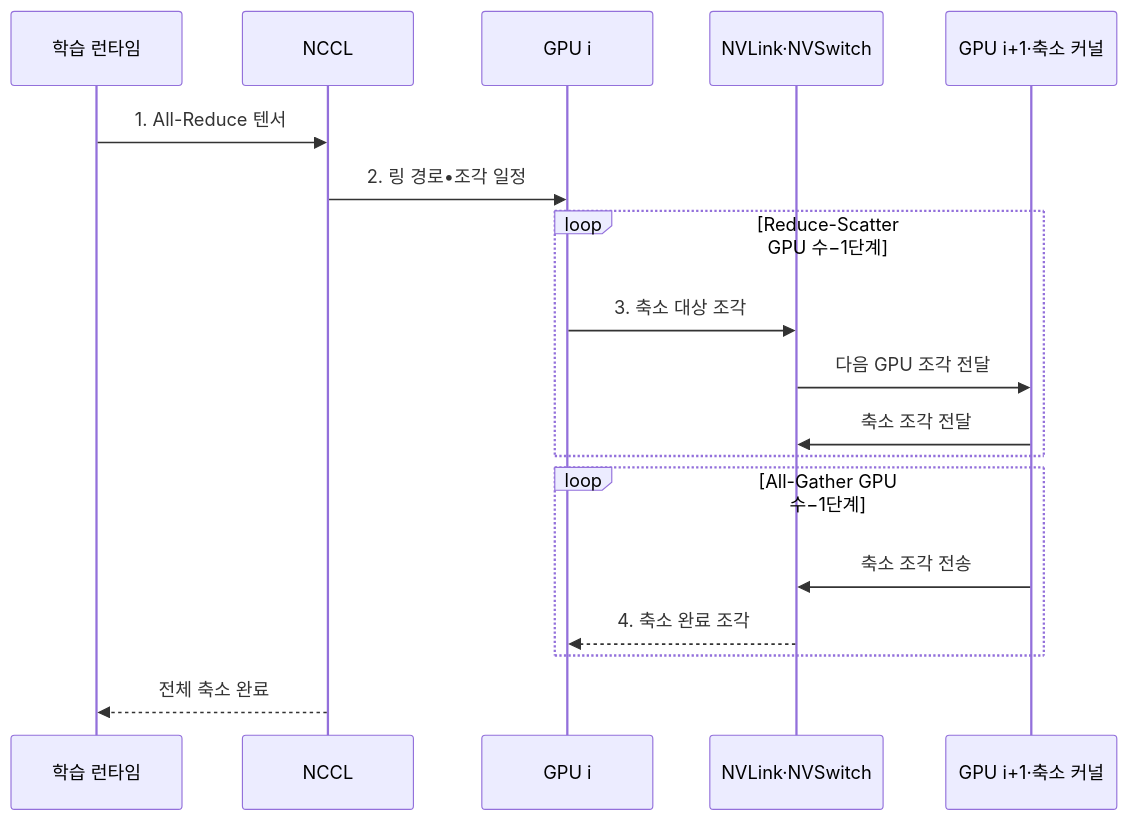
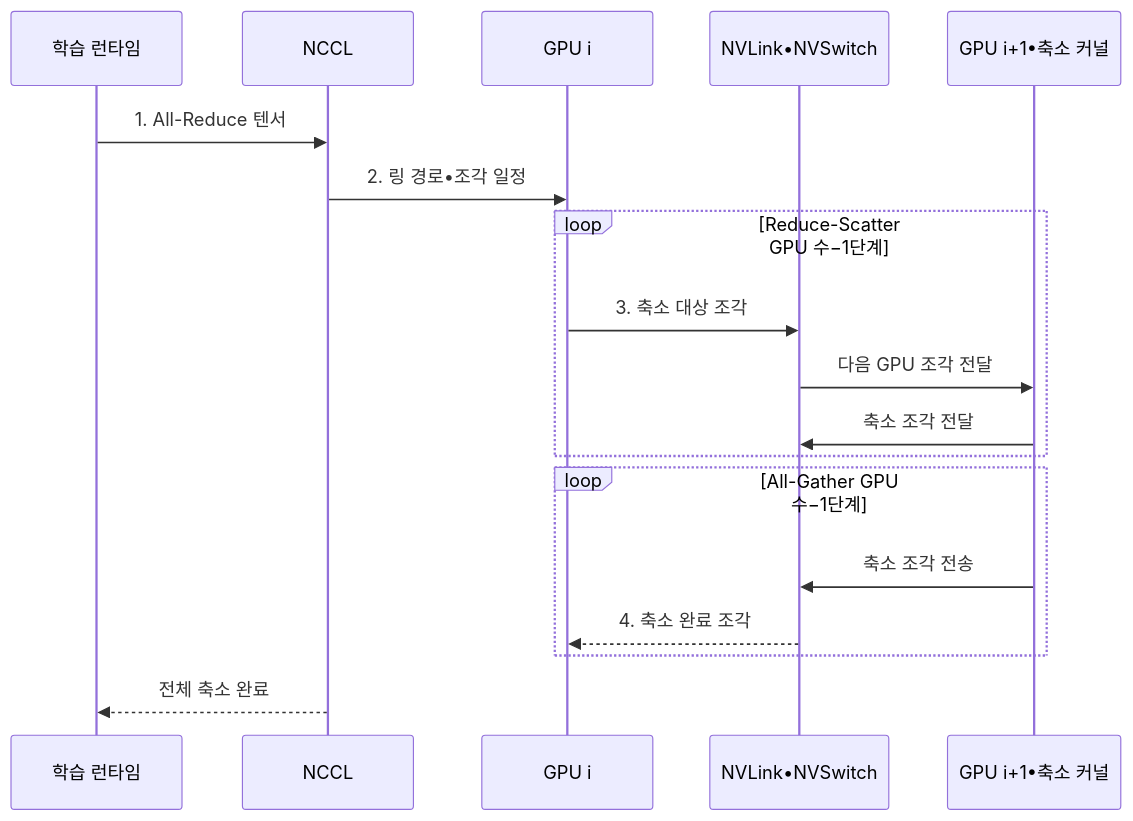
Before and after one commit to agnusdei1207/knowledge-base: the second of 2 diagrams in src/content/docs/notes/02-hardware/047_nvlink.md, drawn with Mermaid. The commit also changed other lines of this file and 953 other files, not shown here.

````diff
--- a/src/content/docs/notes/02-hardware/047_nvlink.md
+++ b/src/content/docs/notes/02-hardware/047_nvlink.md
@@ -103,21 +103,21 @@
 ```mermaid
 sequenceDiagram
     participant A as 학습 런타임
     participant N as NCCL
     participant G1 as GPU i
-    participant S as NVLink·NVSwitch
-    participant G2 as GPU i+1·축소 커널
+    participant S as NVLink•NVSwitch
+    participant G2 as GPU i+1•축소 커널
 
     A->>N: 1. All-Reduce 텐서
     N->>G1: 2. 링 경로•조각 일정
     loop Reduce-Scatter GPU 수−1단계
         G1->>S: 3. 축소 대상 조각
         S->>G2: 다음 GPU 조각 전달
         G2->>S: 축소 조각 전달
     end
     loop All-Gather GPU 수−1단계
         G2->>S: 축소 조각 전송
         S-->>G1: 4. 축소 완료 조각
     end
     N-->>A: 전체 축소 완료
 ```
````
